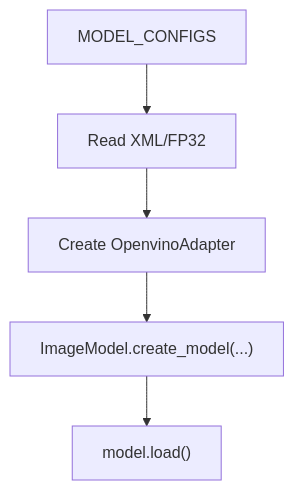
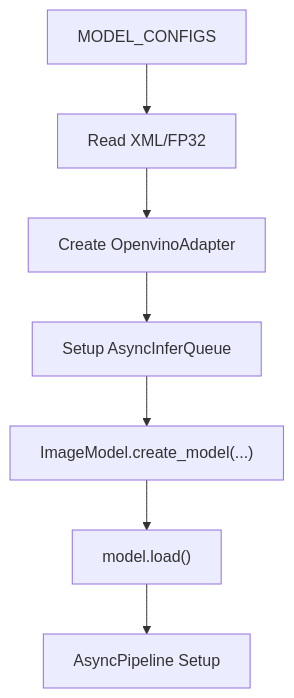
Before and after one commit to Fogus-Gr/MeasurementsDTs: the sixth of 10 diagrams in .qoder/repowiki/en/content/Performance Optimization/Model Optimization.md, drawn with Mermaid. The commit also changed other lines of this file and 14 other files, not shown here.

````diff
--- a/.qoder/repowiki/en/content/Performance Optimization/Model Optimization.md
+++ b/.qoder/repowiki/en/content/Performance Optimization/Model Optimization.md
@@ -255,7 +334,9 @@
 ```mermaid
 flowchart TD
 Cfg["MODEL_CONFIGS"] --> Read["Read XML/FP32"]
 Read --> Adapter["Create OpenvinoAdapter"]
-Adapter --> Build["ImageModel.create_model(...)"]
+Adapter --> AsyncQueue["Setup AsyncInferQueue"]
+AsyncQueue --> Build["ImageModel.create_model(...)"]
 Build --> Load["model.load()"]
+Load --> AsyncPipeline["AsyncPipeline Setup"]
 ```
````
